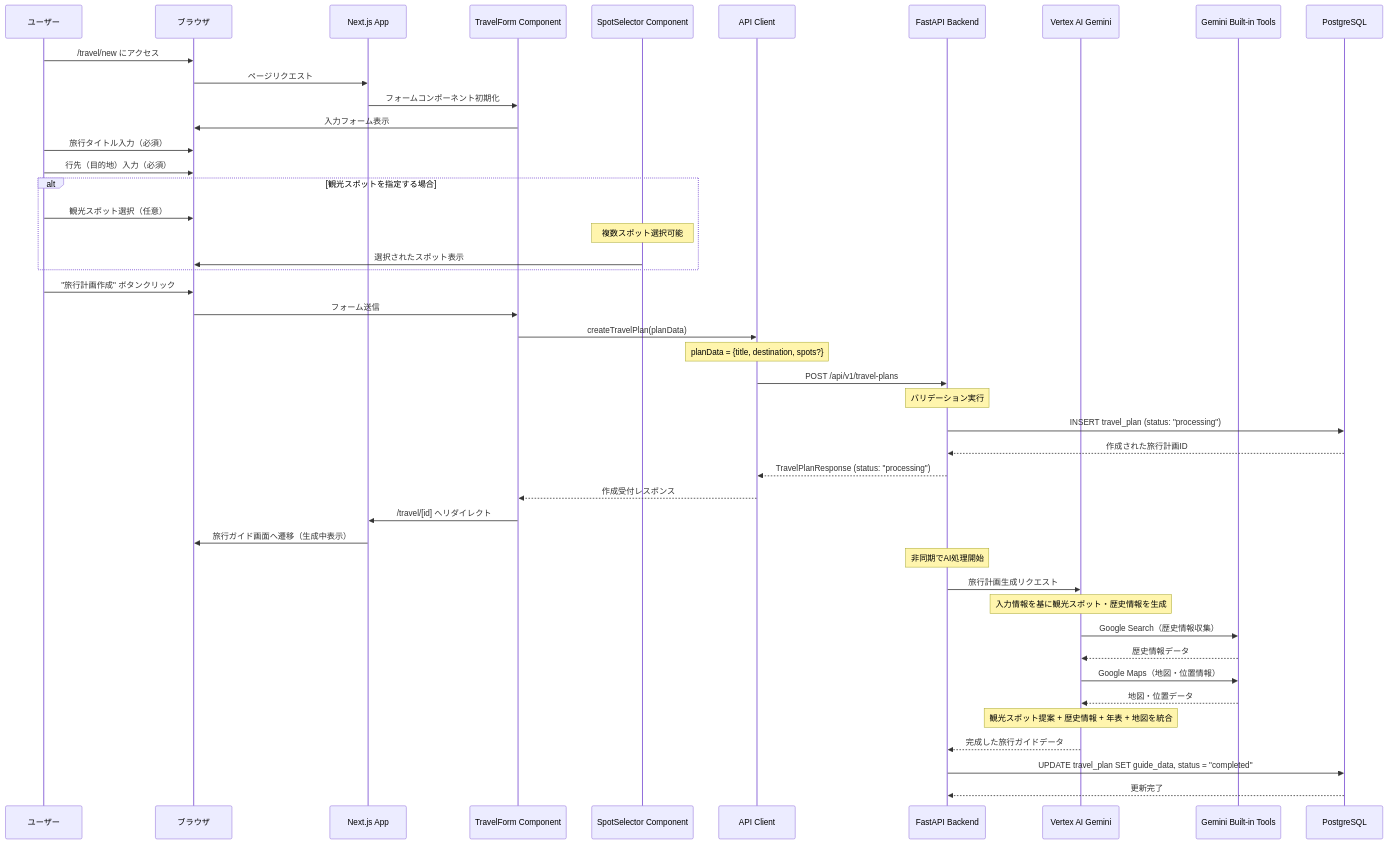
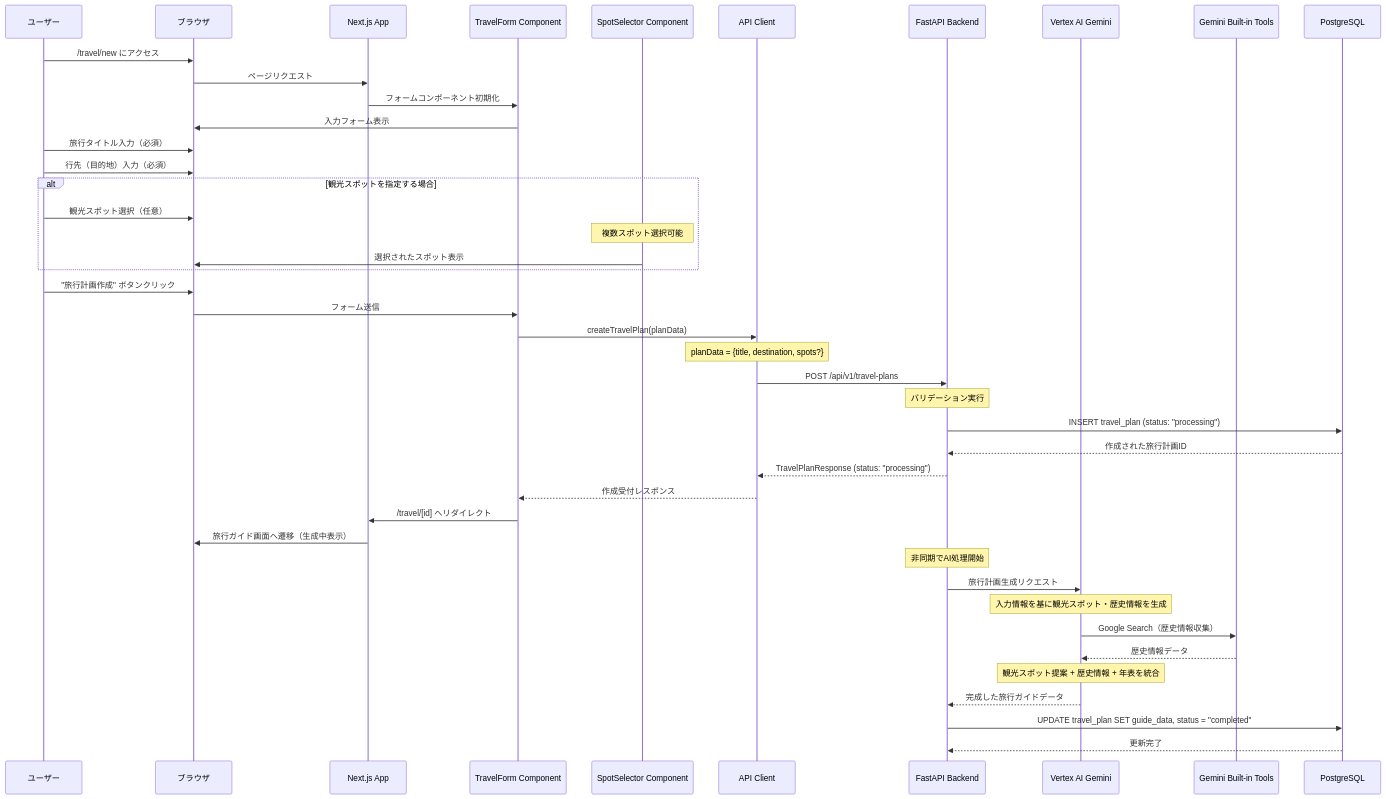
Before and after one commit to narumikr/ai-hackathon-4th: the second of 5 diagrams in docs/frontend/travel-sequence-diagram.md, drawn with Mermaid. The commit also changed other lines of this file and 2 other files, not shown here.

````diff
--- a/docs/frontend/travel-sequence-diagram.md
+++ b/docs/frontend/travel-sequence-diagram.md
@@ -82,60 +82,57 @@
 ```mermaid
 sequenceDiagram
     participant User as ユーザー
     participant Browser as ブラウザ
     participant NextJS as Next.js App
     participant TravelForm as TravelForm Component
     participant SpotSelector as SpotSelector Component
     participant API as API Client
     participant Backend as FastAPI Backend
     participant Gemini as Vertex AI Gemini
     participant GeminiTools as Gemini Built-in Tools
     participant DB as PostgreSQL
 
     User->>Browser: /travel/new にアクセス
     Browser->>NextJS: ページリクエスト
     NextJS->>TravelForm: フォームコンポーネント初期化
     TravelForm->>Browser: 入力フォーム表示
     
     User->>Browser: 旅行タイトル入力（必須）
     User->>Browser: 行先（目的地）入力（必須）
     
     alt 観光スポットを指定する場合
         User->>Browser: 観光スポット選択（任意）
         Note over SpotSelector: 複数スポット選択可能
         SpotSelector->>Browser: 選択されたスポット表示
     end
     
     User->>Browser: "旅行計画作成" ボタンクリック
     Browser->>TravelForm: フォーム送信
     
     TravelForm->>API: createTravelPlan(planData)
     Note over API: planData = {title, destination, spots?}
     API->>Backend: POST /api/v1/travel-plans
     
     Note over Backend: バリデーション実行
     Backend->>DB: INSERT travel_plan (status: "processing")
     DB-->>Backend: 作成された旅行計画ID
     
     Backend-->>API: TravelPlanResponse (status: "processing")
     API-->>TravelForm: 作成受付レスポンス
     
     TravelForm->>NextJS: /travel/[id] へリダイレクト
     NextJS->>Browser: 旅行ガイド画面へ遷移（生成中表示）
     
     Note over Backend: 非同期でAI処理開始
     Backend->>Gemini: 旅行計画生成リクエスト
     Note over Gemini: 入力情報を基に観光スポット・歴史情報を生成
     
     Gemini->>GeminiTools: Google Search（歴史情報収集）
     GeminiTools-->>Gemini: 歴史情報データ
     
-    Gemini->>GeminiTools: Google Maps（地図・位置情報）
-    GeminiTools-->>Gemini: 地図・位置データ
-    
-    Note over Gemini: 観光スポット提案 + 歴史情報 + 年表 + 地図を統合
+    Note over Gemini: 観光スポット提案 + 歴史情報 + 年表を統合
     Gemini-->>Backend: 完成した旅行ガイドデータ
     
     Backend->>DB: UPDATE travel_plan SET guide_data, status = "completed"
     DB-->>Backend: 更新完了
 ```
````
